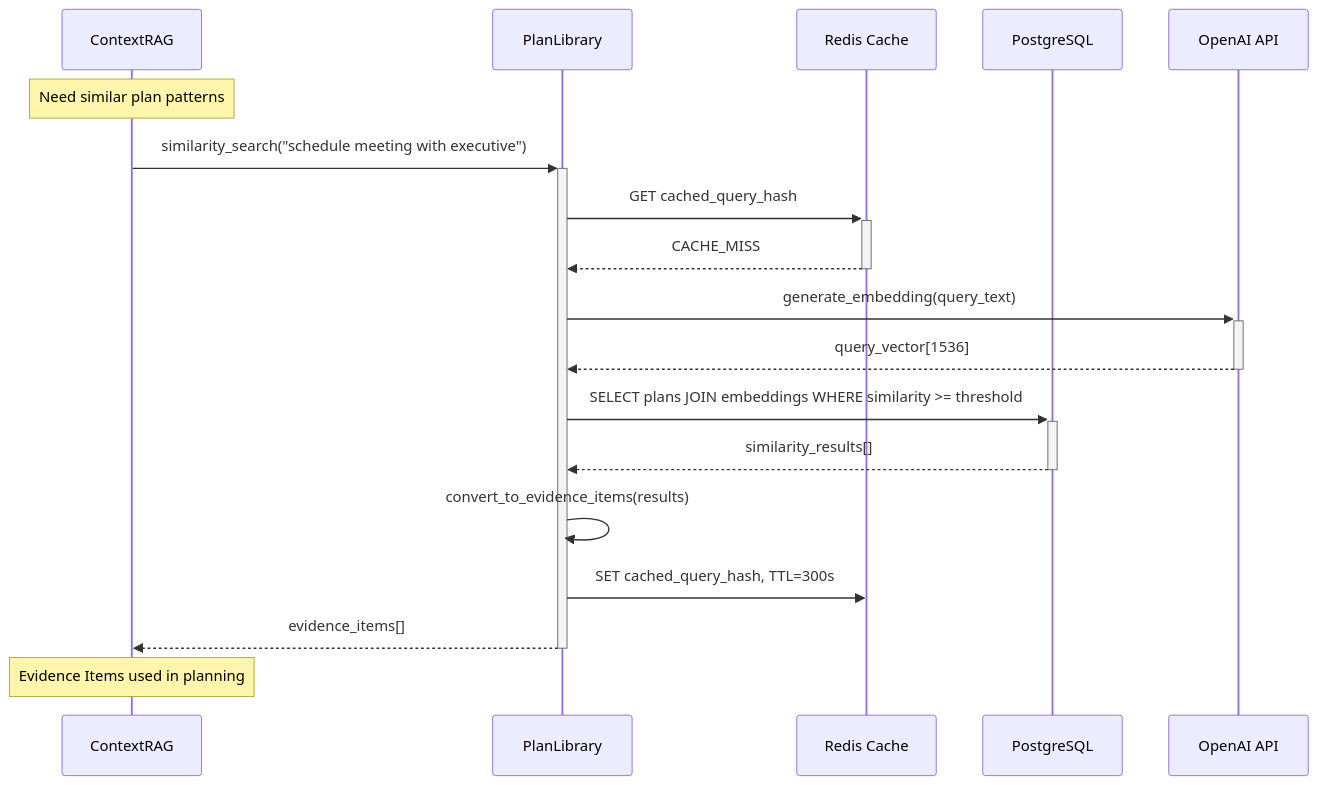
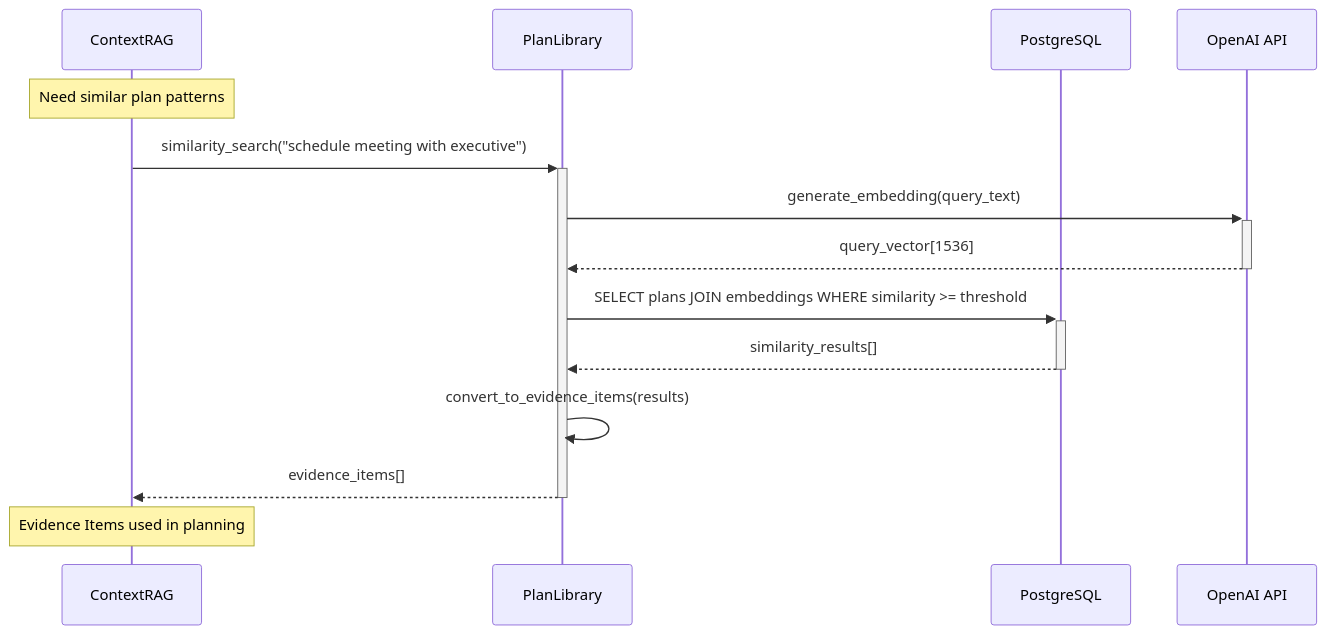
One commit to AnantshreeChandola/Aexor changed the eighth of 8 diagrams in components/PlanLibrary/diagrams/flow.md. Above: the diagram before and after it, drawn with Mermaid. The commit also changed other lines of this file and 38 other files, not shown here.

````diff
--- a/components/PlanLibrary/diagrams/flow.md
+++ b/components/PlanLibrary/diagrams/flow.md
@@ -244,26 +219,21 @@
 ```mermaid
 sequenceDiagram
     participant CR as ContextRAG
     participant PL as PlanLibrary
-    participant Redis as Redis Cache
     participant DB as PostgreSQL
     participant OAI as OpenAI API
-    
+
     Note over CR: Need similar plan patterns
     CR->>+PL: similarity_search("schedule meeting with executive")
-    
-    PL->>+Redis: GET cached_query_hash
-    Redis-->>-PL: CACHE_MISS
-    
+
     PL->>+OAI: generate_embedding(query_text)
     OAI-->>-PL: query_vector[1536]
-    
+
     PL->>+DB: SELECT plans JOIN embeddings WHERE similarity >= threshold
     DB-->>-PL: similarity_results[]
-    
+
     PL->>PL: convert_to_evidence_items(results)
-    PL->>Redis: SET cached_query_hash, TTL=300s
     PL-->>-CR: evidence_items[]
-    
+
     Note over CR: Evidence Items used in planning
 ```
````
